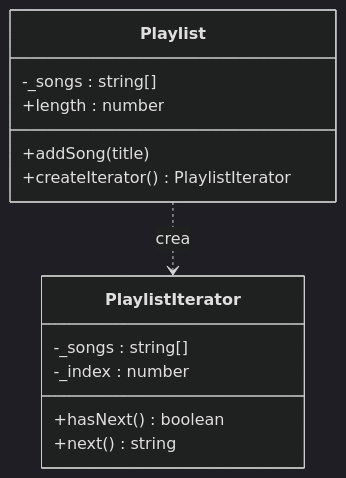
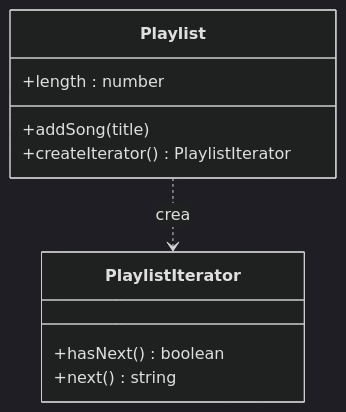
Before and after one commit to Javier-Gondres/Patrones: the fifth of 23 diagrams in README.md, drawn with Mermaid (dark theme). The commit also changed other lines of this file, not shown here.

````diff
--- a/README.md
+++ b/README.md
@@ -132,17 +154,14 @@
 ```mermaid
 classDiagram
   class Playlist {
-    -_songs : string[]
     +addSong(title)
     +createIterator() PlaylistIterator
     +length : number
   }
   class PlaylistIterator {
-    -_songs : string[]
-    -_index : number
     +hasNext() boolean
     +next() string
   }
 
   Playlist ..> PlaylistIterator : crea
 ```
````
